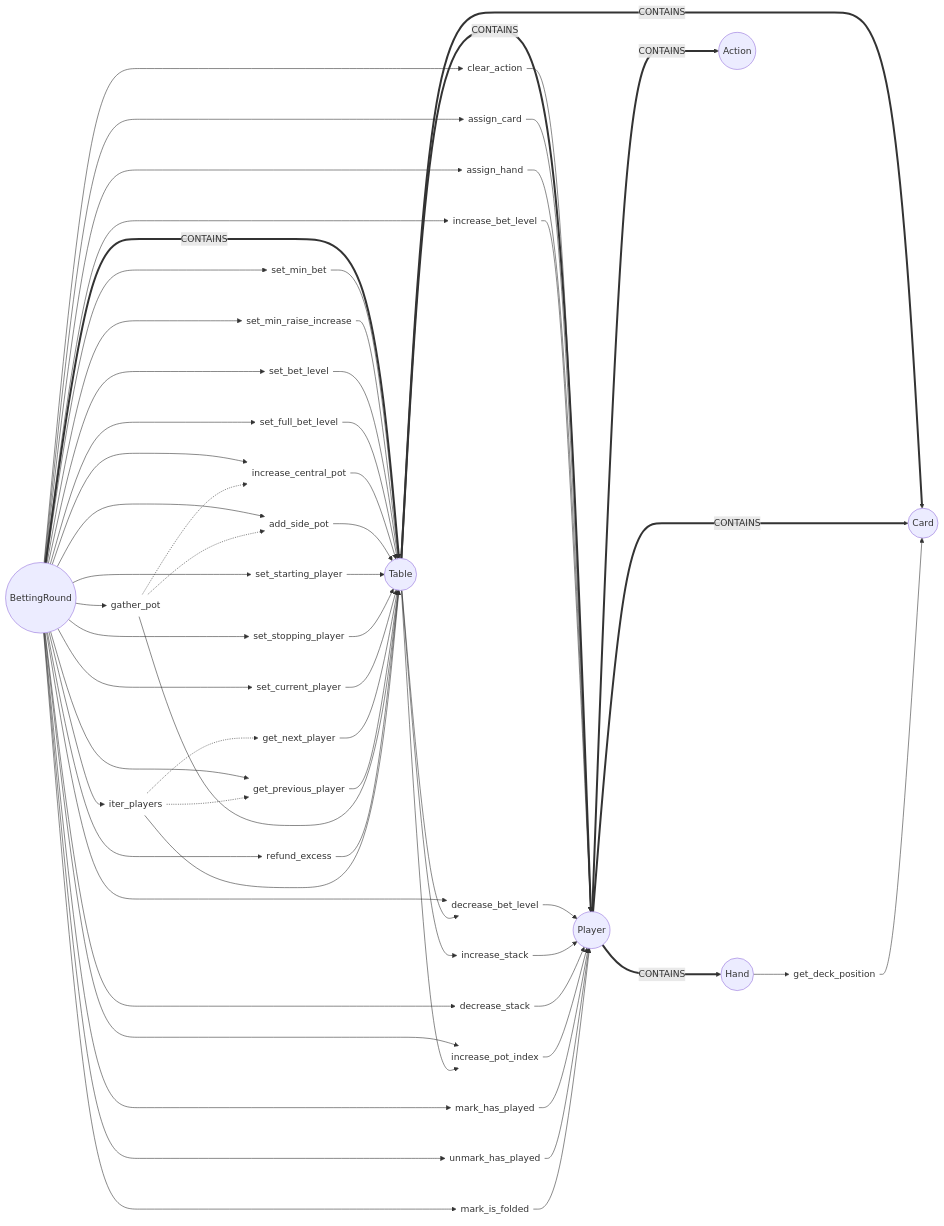
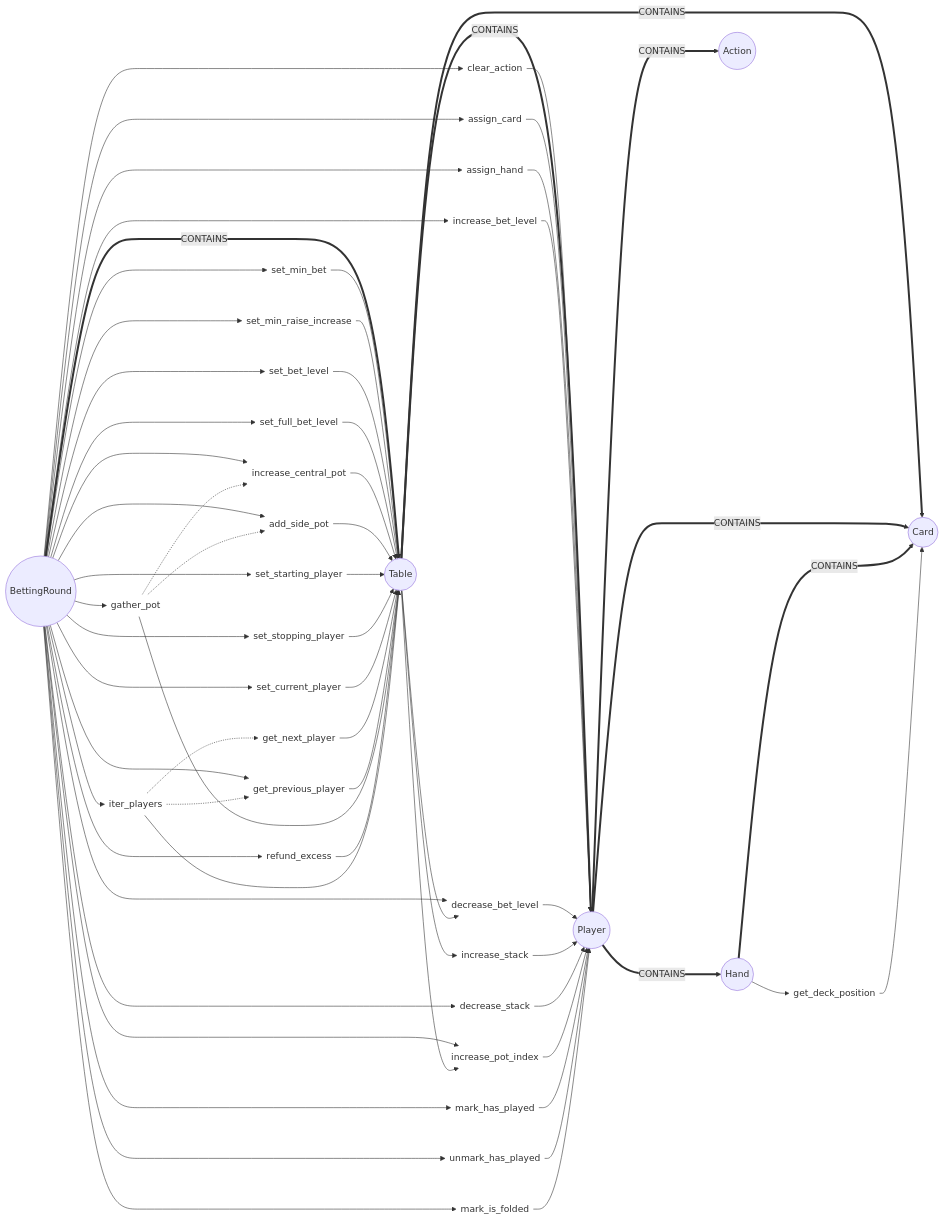
One commit to jorsaland/pokerpy changed the fourth of 4 diagrams in MODEL.md. Above: the diagram before and after it, drawn with Mermaid. The commit also changed other lines of this file, not shown here.

```diff
--- a/MODEL.md
+++ b/MODEL.md
@@ -383,6 +389,7 @@
     P ===> |CONTAINS| H
     P ===> |CONTAINS| Cd
     P ===> |CONTAINS| A
+    H ===> |CONTAINS| Cd
 
 
     %% Methods
```
